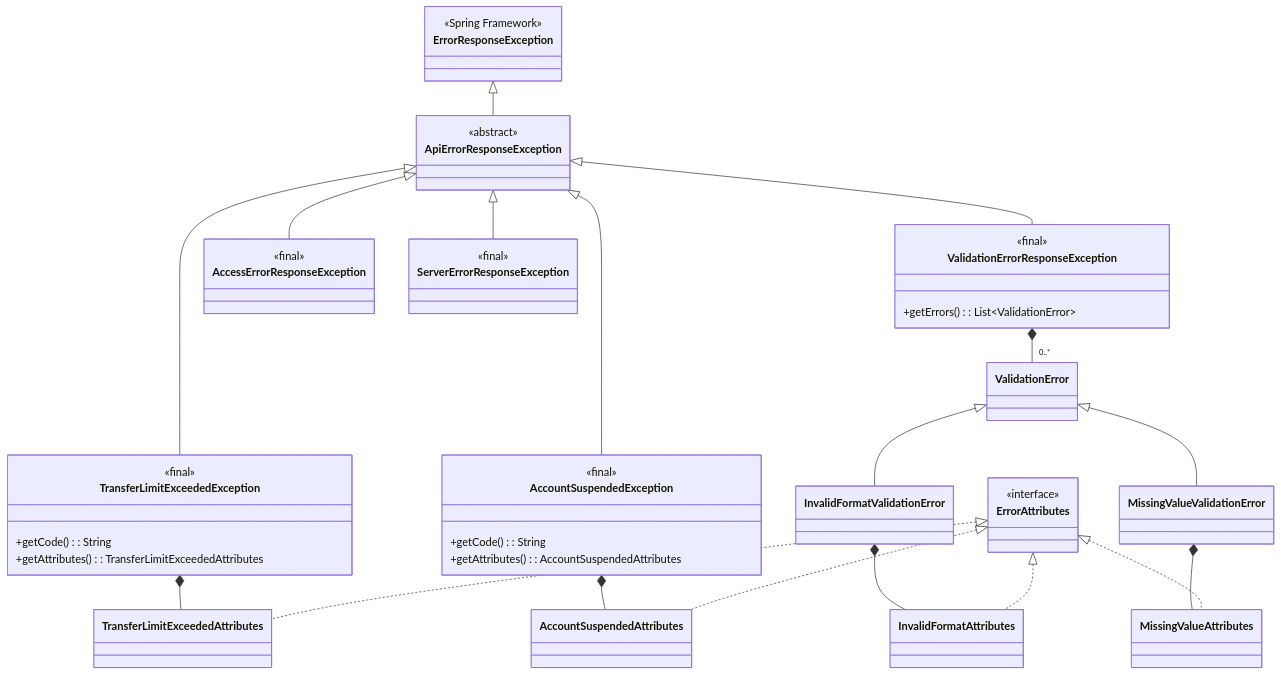
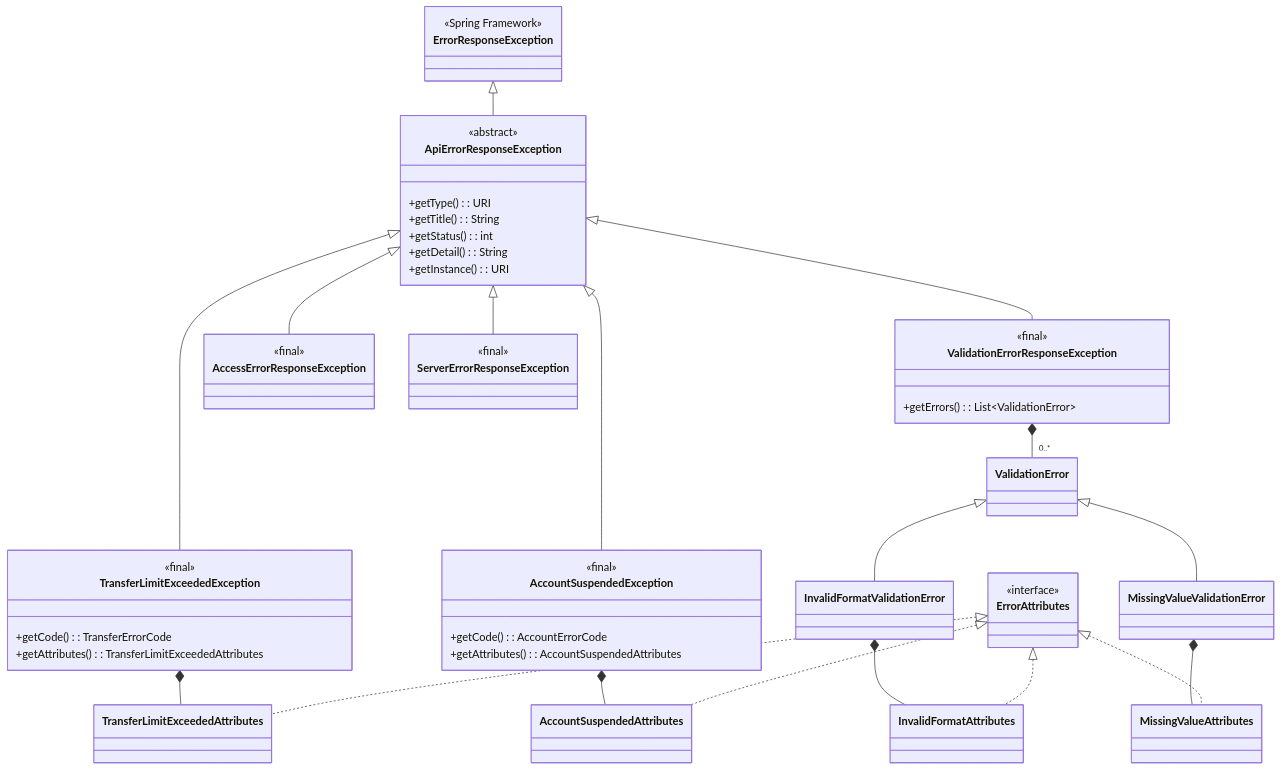
One commit to fransanchezn/smithy-poc changed the diagram in proposal.md. Above: the diagram before and after it, drawn with Mermaid. The commit also changed other lines of this file and 17 other files, not shown here.

````diff
--- a/proposal.md
+++ b/proposal.md
@@ -86,62 +86,67 @@
 ```mermaid
 classDiagram
     class ErrorResponseException {
         <<Spring Framework>>
     }
 
     class ApiErrorResponseException {
         <<abstract>>
+        +getType(): URI
+        +getTitle(): String
+        +getStatus(): int
+        +getDetail(): String
+        +getInstance(): URI
     }
 
     class TransferLimitExceededException {
         <<final>>
-        +getCode(): String
+        +getCode(): TransferErrorCode
         +getAttributes(): TransferLimitExceededAttributes
     }
 
     class AccountSuspendedException {
         <<final>>
-        +getCode(): String
+        +getCode(): AccountErrorCode
         +getAttributes(): AccountSuspendedAttributes
     }
 
     class ValidationErrorResponseException {
         <<final>>
         +getErrors(): List~ValidationError~
     }
 
     class AccessErrorResponseException {
         <<final>>
     }
 
     class ServerErrorResponseException {
         <<final>>
     }
 
     ErrorResponseException <|-- ApiErrorResponseException
     ApiErrorResponseException <|-- TransferLimitExceededException
     ApiErrorResponseException <|-- AccountSuspendedException
     ApiErrorResponseException <|-- ValidationErrorResponseException
     ApiErrorResponseException <|-- AccessErrorResponseException
     ApiErrorResponseException <|-- ServerErrorResponseException
 
     TransferLimitExceededException *-- TransferLimitExceededAttributes
     AccountSuspendedException *-- AccountSuspendedAttributes
 
     ValidationErrorResponseException *-- "0..*" ValidationError
 
     ValidationError <|-- InvalidFormatValidationError
     ValidationError <|-- MissingValueValidationError
 
     InvalidFormatValidationError *-- InvalidFormatAttributes
     MissingValueValidationError *-- MissingValueAttributes
 
     class ErrorAttributes {
         <<interface>>
     }
 
     ErrorAttributes <|.. TransferLimitExceededAttributes
     ErrorAttributes <|.. AccountSuspendedAttributes
     ErrorAttributes <|.. InvalidFormatAttributes
     ErrorAttributes <|.. MissingValueAttributes
 ```
````
